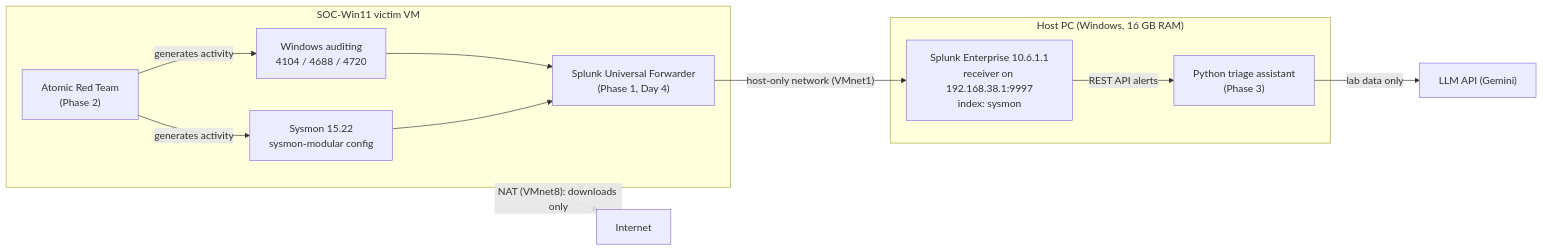
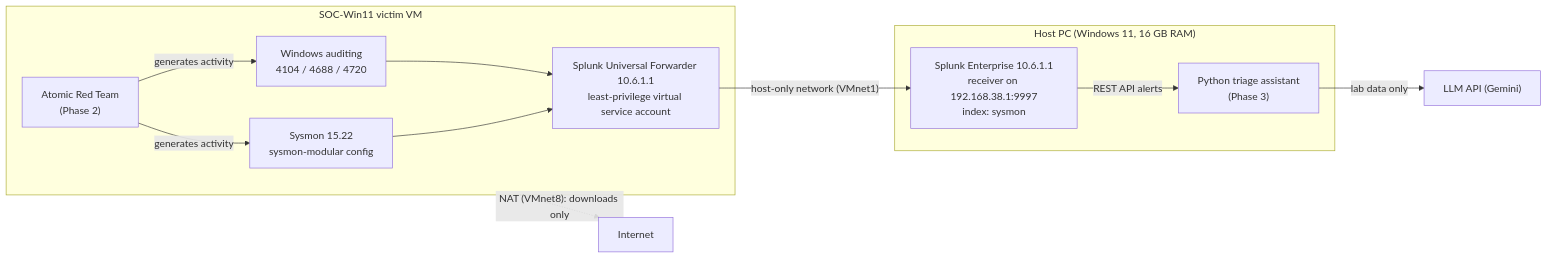
One commit to ancientbrain/ai-soc-detection-lab changed the diagram in reports/project-report.md. Above: the diagram before and after it, drawn with Mermaid. The commit also changed other lines of this file and 3 other files, not shown here.

Commit message:
Day 4: Universal Forwarder, Sysmon channel ACL fix, end-to-end ingestion, report v0.4

````diff
--- a/reports/project-report.md
+++ b/reports/project-report.md
@@ -83,21 +83,21 @@
 ```mermaid
 flowchart LR
-    subgraph Host["Host PC (Windows, 16 GB RAM)"]
+    subgraph Host["Host PC (Windows 11, 16 GB RAM)"]
         SPL["Splunk Enterprise 10.6.1.1<br/>receiver on 192.168.38.1:9997<br/>index: sysmon"]
         PY["Python triage assistant<br/>(Phase 3)"]
     end
     subgraph VM["SOC-Win11 victim VM"]
         SYS["Sysmon 15.22<br/>sysmon-modular config"]
         WIN["Windows auditing<br/>4104 / 4688 / 4720"]
-        UF["Splunk Universal Forwarder<br/>(Phase 1, Day 4)"]
+        UF["Splunk Universal Forwarder 10.6.1.1<br/>least-privilege virtual service account"]
         ART["Atomic Red Team<br/>(Phase 2)"]
     end
     ART -- generates activity --> SYS
     ART -- generates activity --> WIN
     SYS --> UF
     WIN --> UF
     UF -- "host-only network (VMnet1)" --> SPL
     SPL -- "REST API alerts" --> PY
     PY -- "lab data only" --> LLM["LLM API (Gemini)"]
     VM -. "NAT (VMnet8): downloads only" .-> NET["Internet"]
 ```
````
